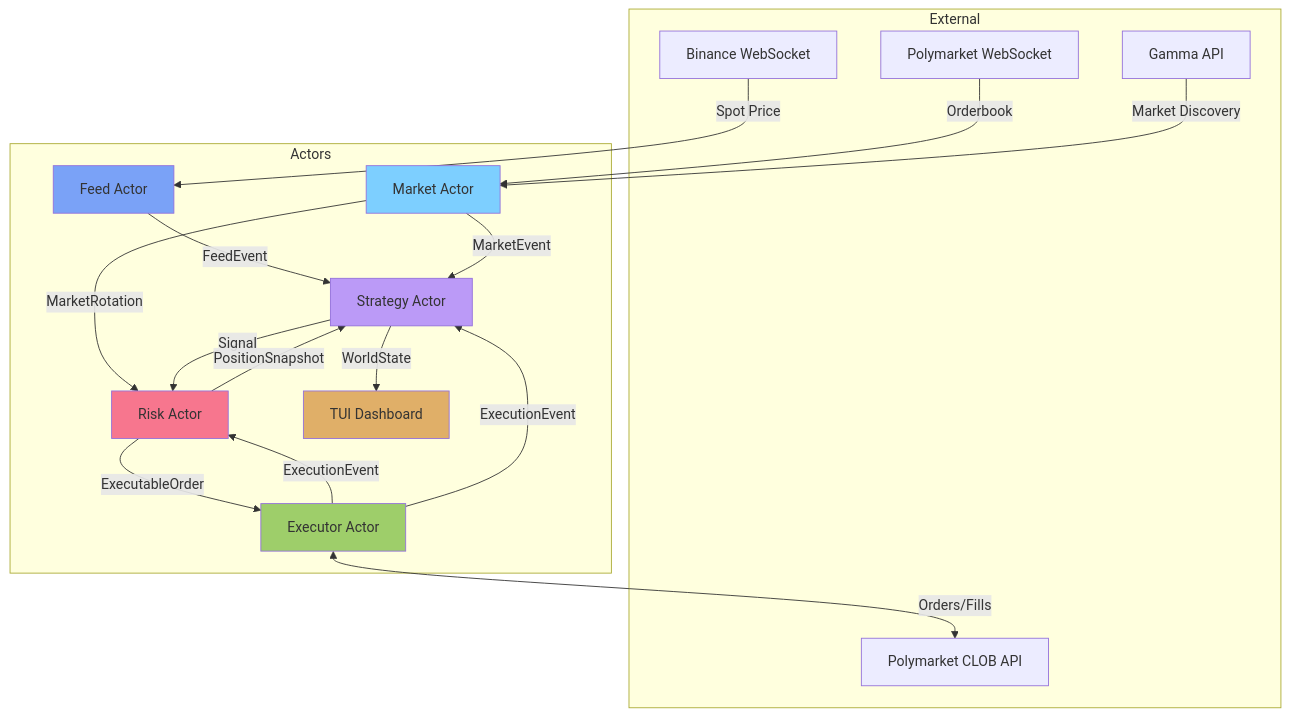
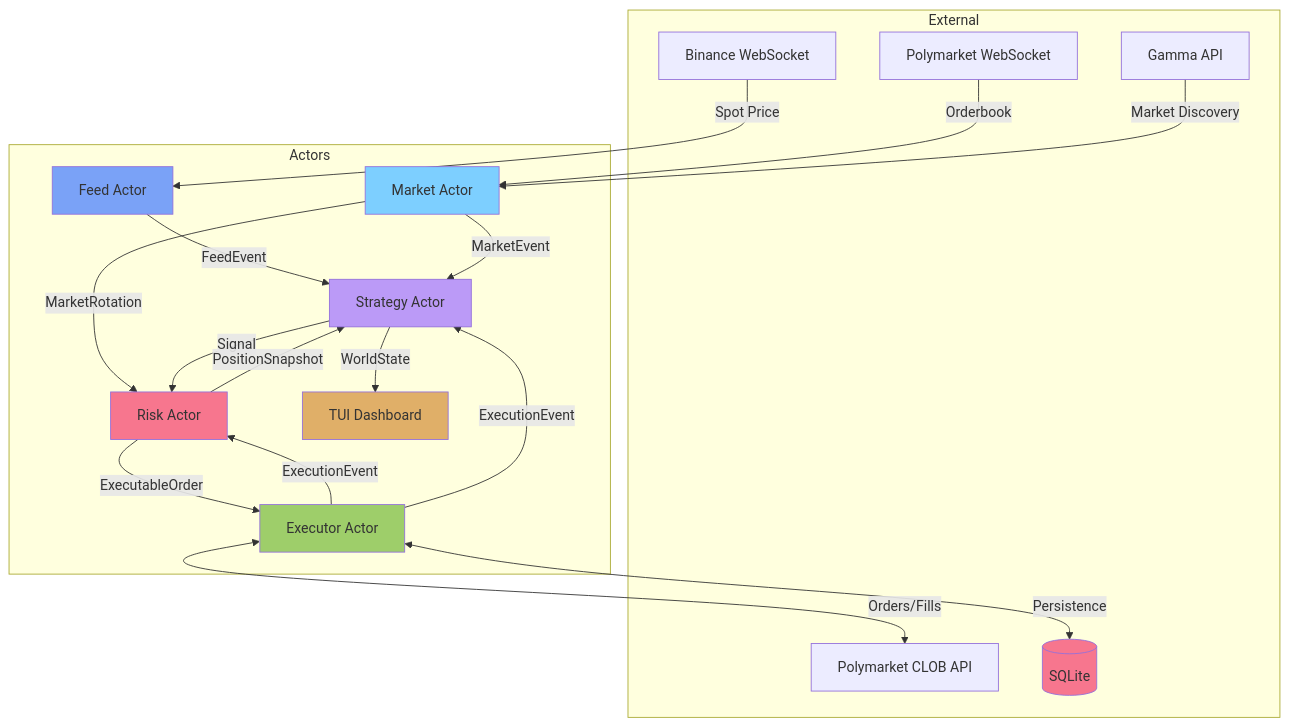
The diagram in README.md (pwnholic/pmbot), drawn with Mermaid before and after one commit. The commit also changed other lines of this file and 59 other files, not shown here.

````diff
--- a/README.md
+++ b/README.md
@@ -49,43 +61,46 @@
 ```mermaid
 graph TD
     subgraph External
         BWS[Binance WebSocket]
         PWS[Polymarket WebSocket]
         GAM[Gamma API]
         CLOB[Polymarket CLOB API]
+        DB[(SQLite)]
     end
 
     subgraph Actors
         FA[Feed Actor]
         MA[Market Actor]
         SA[Strategy Actor]
         RA[Risk Actor]
         EA[Executor Actor]
         TUI[TUI Dashboard]
     end
 
     BWS -->|Spot Price| FA
     PWS -->|Orderbook| MA
     GAM -->|Market Discovery| MA
 
     FA -->|FeedEvent| SA
     MA -->|MarketEvent| SA
     MA -->|MarketRotation| RA
 
     SA -->|Signal| RA
     RA -->|ExecutableOrder| EA
     EA -->|ExecutionEvent| RA
     EA -->|ExecutionEvent| SA
 
     RA -->|PositionSnapshot| SA
     SA -->|WorldState| TUI
 
     EA <-->|Orders/Fills| CLOB
+    EA <-->|Persistence| DB
 
     style FA fill:#7aa2f7
     style MA fill:#7dcfff
     style SA fill:#bb9af7
     style RA fill:#f7768e
     style EA fill:#9ece6a
     style TUI fill:#e0af68
+    style DB fill:#f7768e
 ```
````
